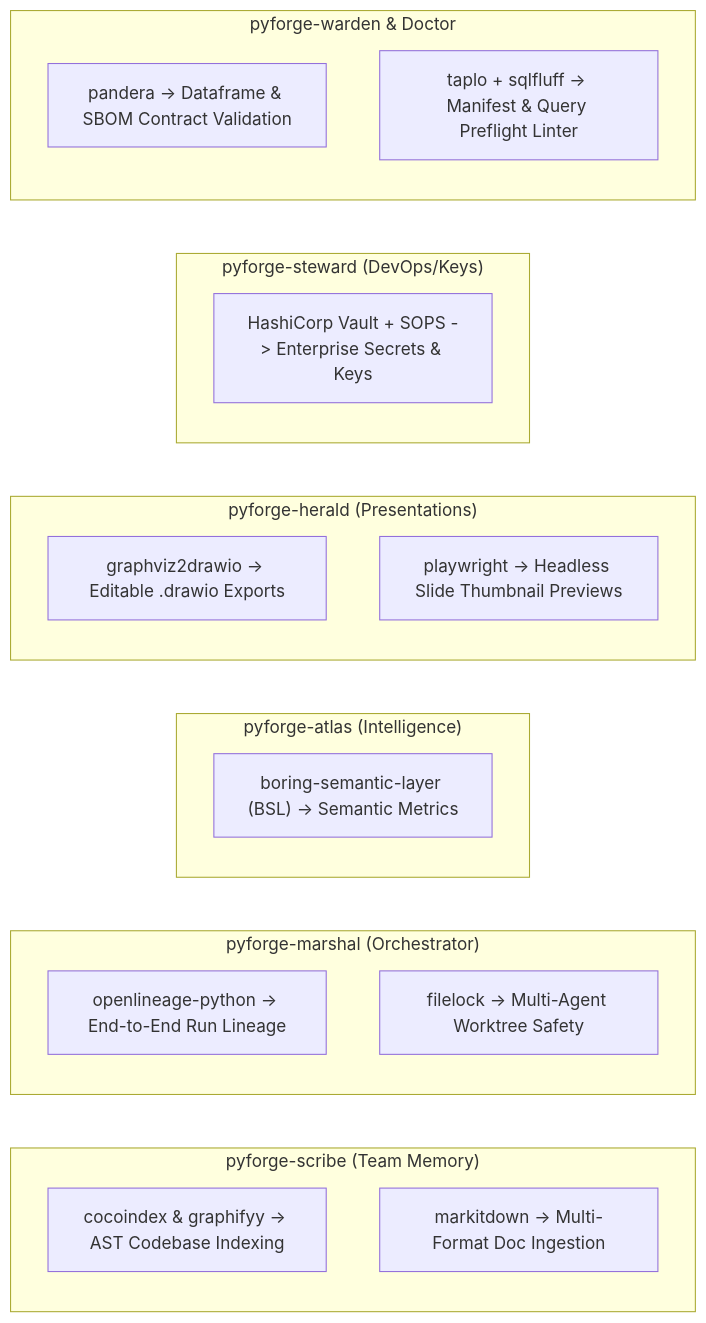
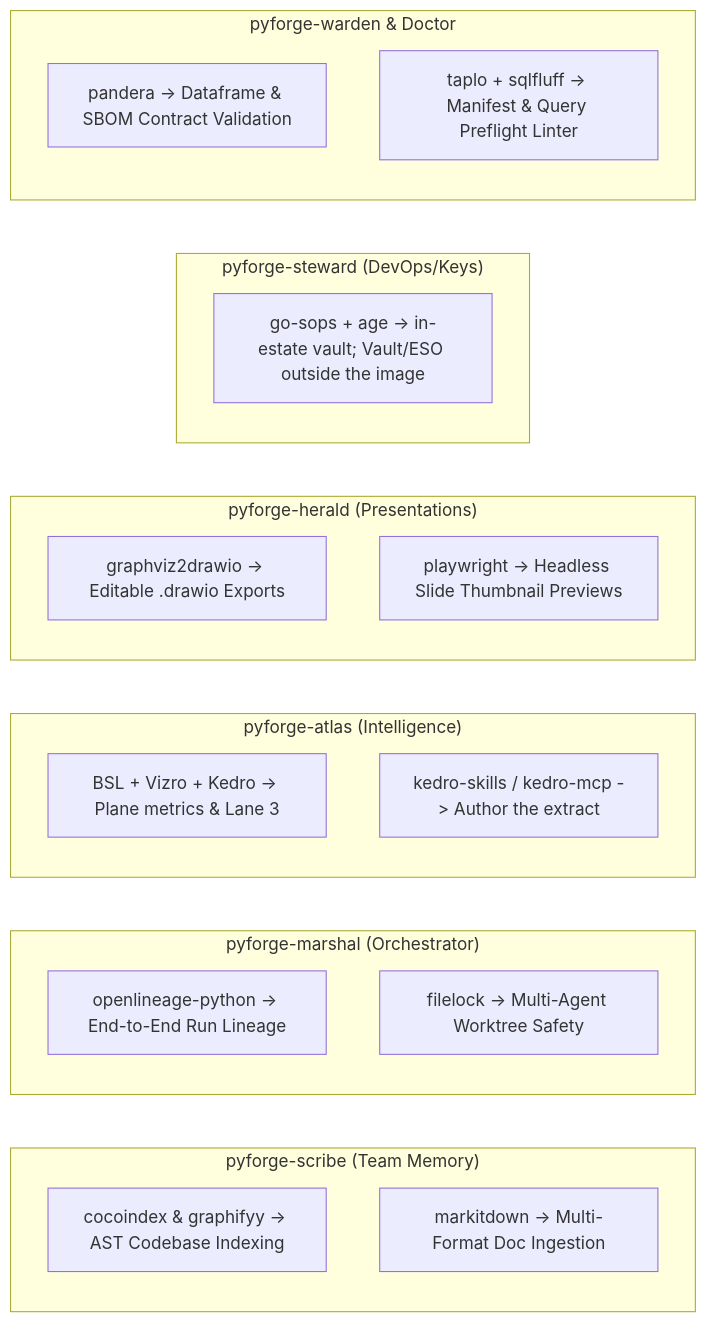
The ninth of 13 diagrams in docs/dreams/pyforge-unifying-strategy.md (rxm7706/local-recipes), drawn with Mermaid before and after one commit. The commit also changed other lines of this file and 14 other files, not shown here.

````diff
--- a/docs/dreams/pyforge-unifying-strategy.md
+++ b/docs/dreams/pyforge-unifying-strategy.md
@@ -1037,30 +1122,31 @@
 ```mermaid
 graph LR
     subgraph Scribe["pyforge-scribe (Team Memory)"]
         L1["cocoindex & graphifyy -> AST Codebase Indexing"]
         L2["markitdown -> Multi-Format Doc Ingestion"]
     end
 
     subgraph Marshal["pyforge-marshal (Orchestrator)"]
         L3["openlineage-python -> End-to-End Run Lineage"]
         L4["filelock -> Multi-Agent Worktree Safety"]
     end
 
     subgraph Atlas["pyforge-atlas (Intelligence)"]
-        L5["boring-semantic-layer (BSL) -> Semantic Metrics"]
+        L5["BSL + Vizro + Kedro -> Plane metrics & Lane 3"]
+        L5b["kedro-skills / kedro-mcp -> Author the extract"]
     end
 
     subgraph Herald["pyforge-herald (Presentations)"]
         L6["graphviz2drawio -> Editable .drawio Exports"]
         L7["playwright -> Headless Slide Thumbnail Previews"]
     end
 
     subgraph Steward["pyforge-steward (DevOps/Keys)"]
-        L8["HashiCorp Vault + SOPS -> Enterprise Secrets & Keys"]
+        L8["go-sops + age -> in-estate vault; Vault/ESO outside the image"]
     end
 
     subgraph Warden["pyforge-warden & Doctor"]
         L9["pandera -> Dataframe & SBOM Contract Validation"]
         L10["taplo + sqlfluff -> Manifest & Query Preflight Linter"]
     end
 ```
````
